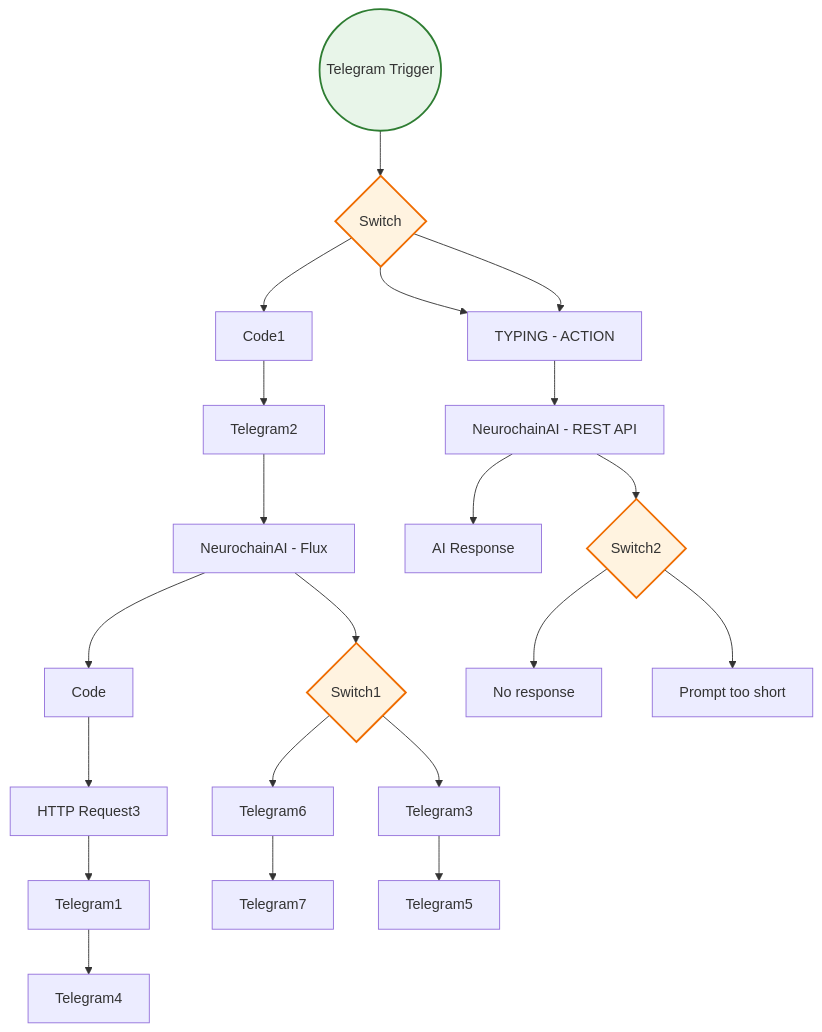
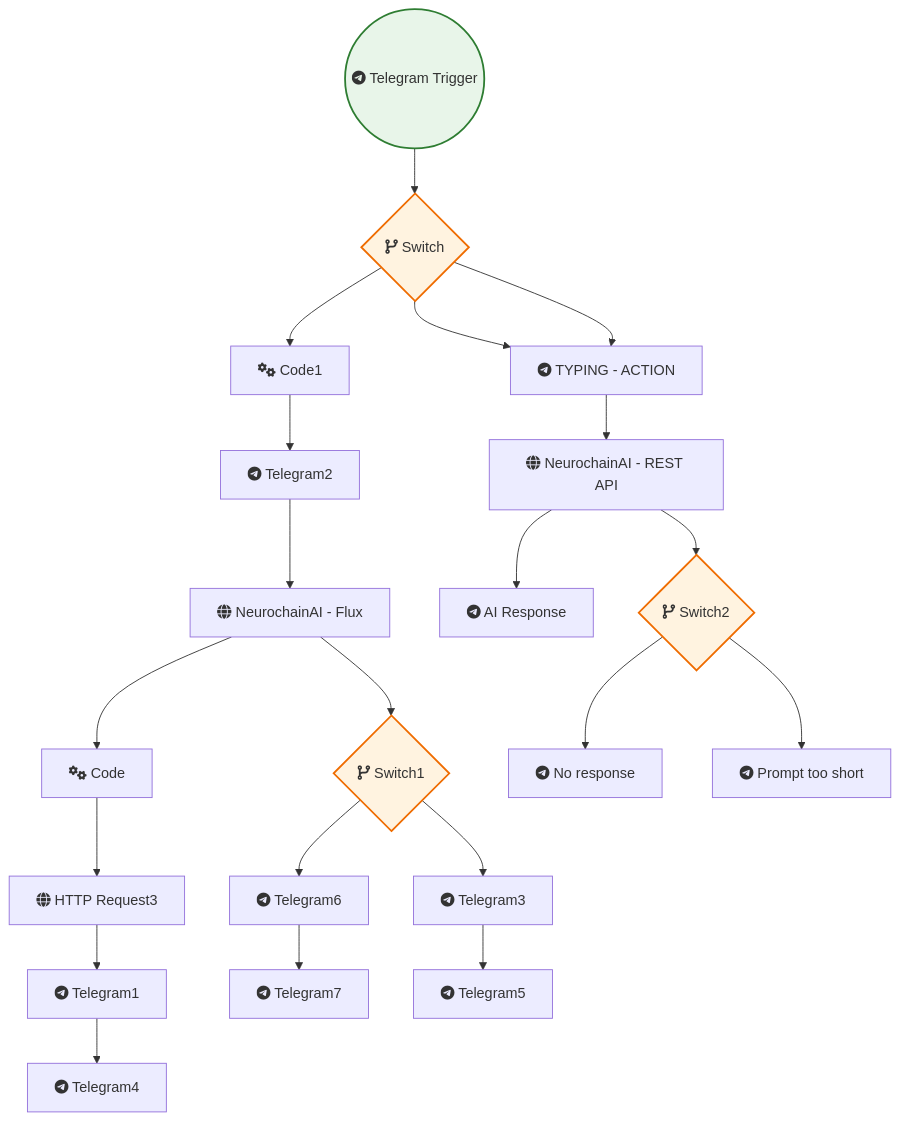
One commit to sreyash3105/N8N-DEMO-AUTOMATIONS changed the diagram in Telegram/Neurochainai Basic Api Integration.md. Above: the diagram before and after it, drawn with Mermaid. The commit also changed 291 other files, not shown here.

````diff
--- a/Telegram/Neurochainai Basic Api Integration.md
+++ b/Telegram/Neurochainai Basic Api Integration.md
@@ -1,48 +1,48 @@
 ```mermaid
 graph TD
     classDef trigger fill:#e8f5e9,stroke:#2e7d32,stroke-width:2px;
     classDef ai fill:#e3f2fd,stroke:#1565c0,stroke-width:2px;
     classDef logic fill:#fff3e0,stroke:#ef6c00,stroke-width:2px;
 
-    Telegram_Trigger(("Telegram Trigger")):::trigger
-    Code["Code"]
-    HTTP_Request3["HTTP Request3"]
-    Telegram2["Telegram2"]
-    Telegram1["Telegram1"]
-    Telegram4["Telegram4"]
-    Telegram3["Telegram3"]
-    Telegram5["Telegram5"]
-    Telegram6["Telegram6"]
-    Telegram7["Telegram7"]
-    NeurochainAI___REST_API["NeurochainAI - REST API"]
-    TYPING___ACTION["TYPING - ACTION"]
-    AI_Response["AI Response"]
-    No_response["No response"]
-    Prompt_too_short["Prompt too short"]
-    Switch2{"Switch2"}:::logic
-    Code1["Code1"]
-    Switch{"Switch"}:::logic
-    NeurochainAI___Flux["NeurochainAI - Flux"]
-    Switch1{"Switch1"}:::logic
+    Telegram_Trigger(("fab:fa-telegram Telegram Trigger")):::trigger
+    Code["fas:fa-cogs Code"]
+    HTTP_Request3["fas:fa-globe HTTP Request3"]
+    Telegram2["fab:fa-telegram Telegram2"]
+    Telegram1["fab:fa-telegram Telegram1"]
+    Telegram4["fab:fa-telegram Telegram4"]
+    Telegram3["fab:fa-telegram Telegram3"]
+    Telegram5["fab:fa-telegram Telegram5"]
+    Telegram6["fab:fa-telegram Telegram6"]
+    Telegram7["fab:fa-telegram Telegram7"]
+    NeurochainAI___REST_API["fas:fa-globe NeurochainAI - REST API"]
+    TYPING___ACTION["fab:fa-telegram TYPING - ACTION"]
+    AI_Response["fab:fa-telegram AI Response"]
+    No_response["fab:fa-telegram No response"]
+    Prompt_too_short["fab:fa-telegram Prompt too short"]
+    Switch2{"fas:fa-code-branch Switch2"}:::logic
+    Code1["fas:fa-cogs Code1"]
+    Switch{"fas:fa-code-branch Switch"}:::logic
+    NeurochainAI___Flux["fas:fa-globe NeurochainAI - Flux"]
+    Switch1{"fas:fa-code-branch Switch1"}:::logic
 
     Code --> HTTP_Request3
     Code1 --> Telegram2
     Switch --> Code1
     Switch --> TYPING___ACTION
     Switch --> TYPING___ACTION
     Switch1 --> Telegram6
     Switch1 --> Telegram3
     Switch2 --> No_response
     Switch2 --> Prompt_too_short
     Telegram1 --> Telegram4
     Telegram2 --> NeurochainAI___Flux
     Telegram3 --> Telegram5
     Telegram6 --> Telegram7
     HTTP_Request3 --> Telegram1
     TYPING___ACTION --> NeurochainAI___REST_API
     Telegram_Trigger --> Switch
     NeurochainAI___Flux --> Code
     NeurochainAI___Flux --> Switch1
     NeurochainAI___REST_API --> AI_Response
     NeurochainAI___REST_API --> Switch2
 ```
````
